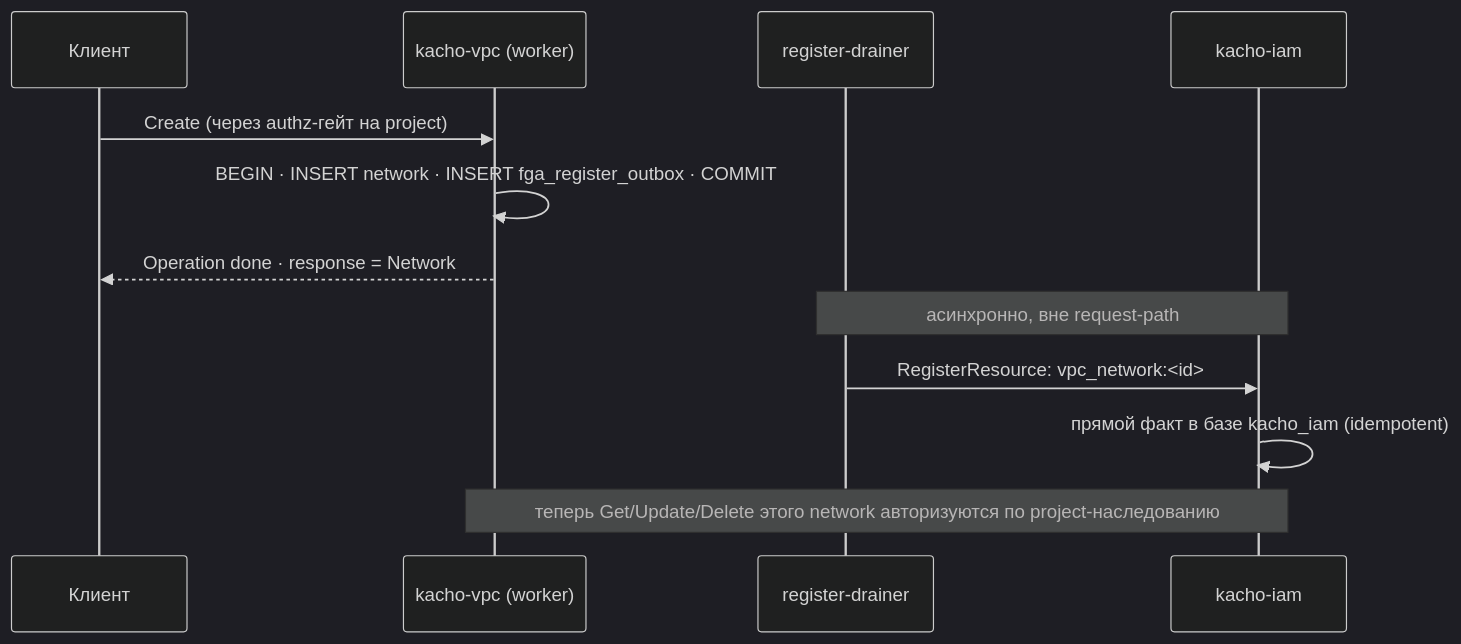
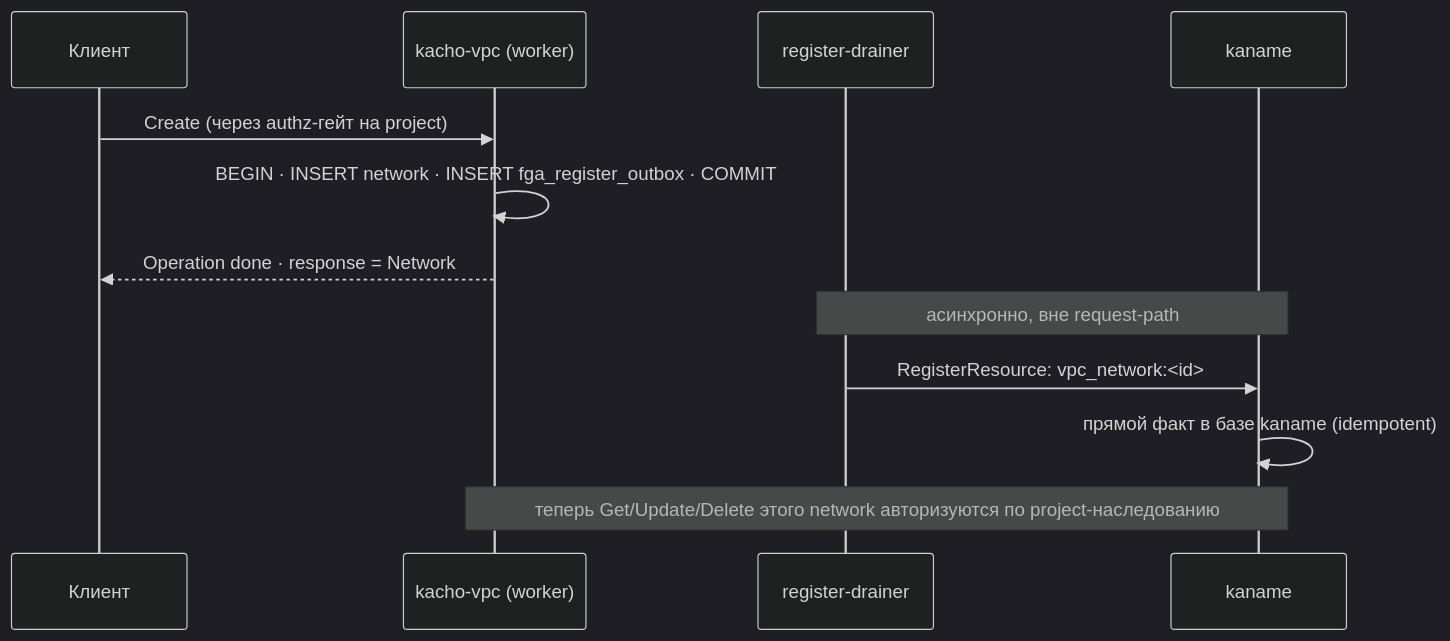
Before and after one commit to PRO-Robotech/kacho: the second of 3 diagrams in services/vpc/docs/content/architecture/authz.mdx, drawn with Mermaid (dark theme). The commit also changed other lines of this file and 5005 other files, not shown here.

````diff
--- a/services/vpc/docs/content/architecture/authz.mdx
+++ b/services/vpc/docs/content/architecture/authz.mdx
@@ -166,14 +166,14 @@
 ```mermaid
 sequenceDiagram
   participant C as Клиент
   participant V as kacho-vpc (worker)
   participant D as register-drainer
-  participant I as kacho-iam
+  participant I as kaname
   C->>V: Create (через authz-гейт на project)
   V->>V: BEGIN · INSERT network · INSERT fga_register_outbox · COMMIT
   V-->>C: Operation done · response = Network
   Note over D,I: асинхронно, вне request-path
   D->>I: RegisterResource: vpc_network:<id>#project@project:<pid>
-  I->>I: прямой факт в базе kacho_iam (idempotent)
+  I->>I: прямой факт в базе kaname (idempotent)
   Note over V,I: теперь Get/Update/Delete этого network авторизуются по project-наследованию
 ```
````
